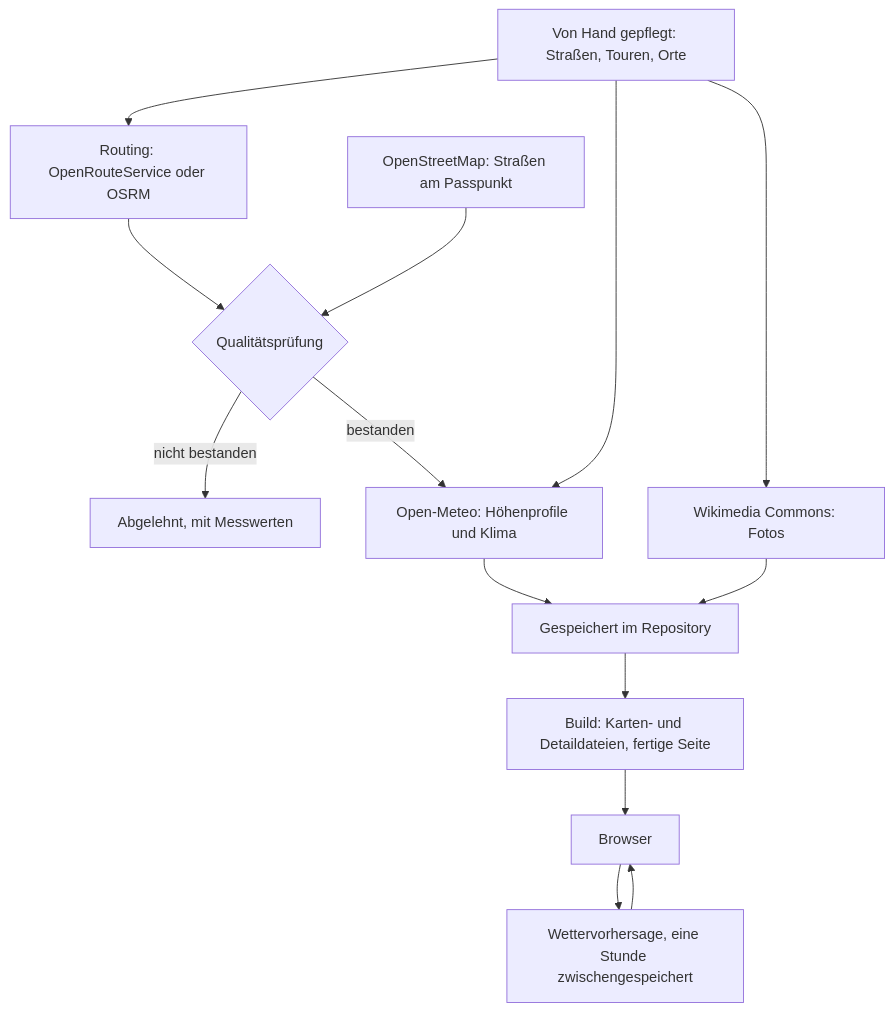
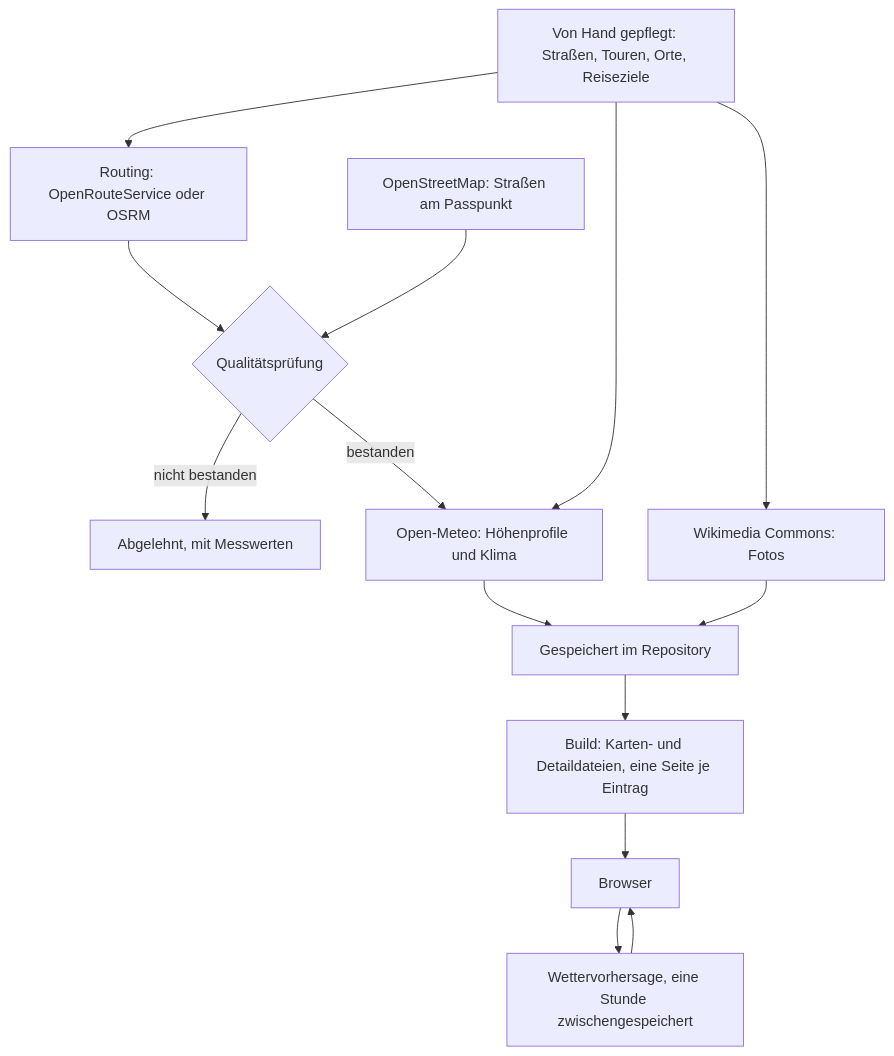
The diagram in docs/guide/de/data-journey.md (mdugue/alpen), drawn with Mermaid before and after one commit. The commit also changed other lines of this file and 248 other files, not shown here.

````diff
--- a/docs/guide/de/data-journey.md
+++ b/docs/guide/de/data-journey.md
@@ -9,25 +9,25 @@
 ```mermaid
 flowchart TB
-  A["Von Hand gepflegt: Straßen, Touren, Orte"]
+  A["Von Hand gepflegt: Straßen, Touren, Orte, Reiseziele"]
   B["OpenStreetMap: Straßen am Passpunkt"]
   C["Routing: OpenRouteService oder OSRM"]
   D{"Qualitätsprüfung"}
   X["Abgelehnt, mit Messwerten"]
   E["Open-Meteo: Höhenprofile und Klima"]
   F["Wikimedia Commons: Fotos"]
   G["Gespeichert im Repository"]
-  H["Build: Karten- und Detaildateien, fertige Seite"]
+  H["Build: Karten- und Detaildateien, eine Seite je Eintrag"]
   I["Browser"]
   J["Wettervorhersage, eine Stunde zwischengespeichert"]
 
   A --> C --> D
   B --> D
   D -->|"bestanden"| E
   D -->|"nicht bestanden"| X
   A --> E
   A --> F
   E --> G
   F --> G
   G --> H --> I
   I --> J --> I
 ```
````
